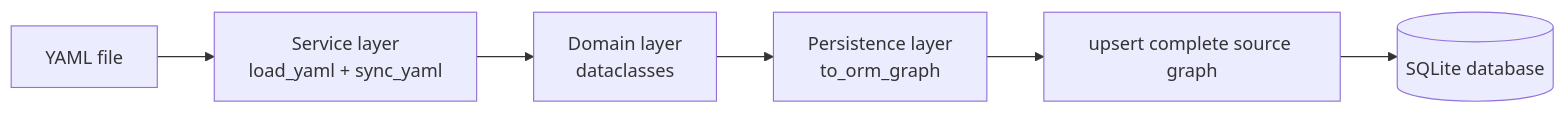
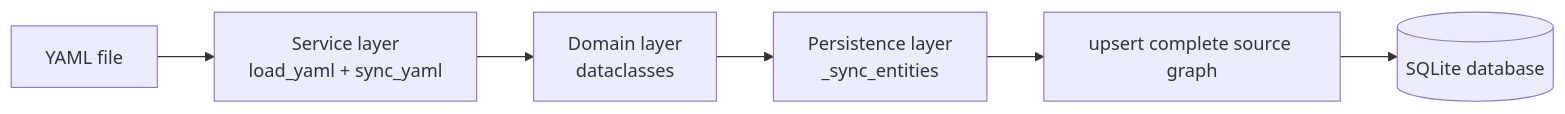
One commit to kardossandor/cc-yaml-to-sqlite-poc changed the first of 2 diagrams in README.md. Above: the diagram before and after it, drawn with Mermaid. The commit also changed other lines of this file, not shown here.

Commit message:
Update README to reflect changes in persistence layer and soft-delete implementation

````diff
--- a/README.md
+++ b/README.md
@@ -8,8 +8,8 @@
 ```mermaid
 flowchart LR
     YAML[YAML file] --> Service[Service layer\nload_yaml + sync_yaml]
     Service --> Domain[Domain layer\ndataclasses]
-    Domain --> Persistence[Persistence layer\nto_orm_graph]
+    Domain --> Persistence[Persistence layer\n_sync_entities]
     Persistence --> Upsert[upsert complete source graph]
     Upsert --> SQLite[(SQLite database)]
 ```
````
